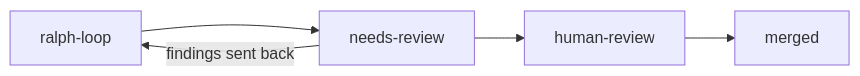
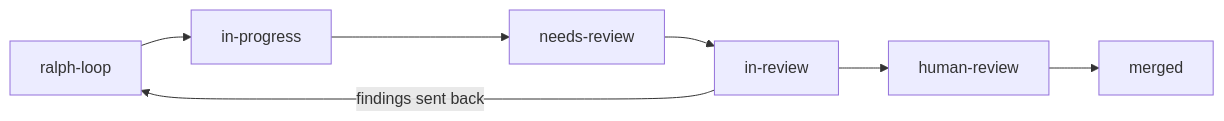
One commit to okethan35/gocache changed the diagram in README.md. Above: the diagram before and after it, drawn with Mermaid. The commit also changed other lines of this file, not shown here.

Commit message:
issue-46: README: describe the current Ralph Loop

````diff
--- a/README.md
+++ b/README.md
@@ -56,7 +56,9 @@
 ```mermaid
 flowchart LR
-    A[ralph-loop] --> B[needs-review]
-    B --> C[human-review]
-    C --> D[merged]
-    B -- findings sent back --> A
+    A[ralph-loop] --> B[in-progress]
+    B --> C[needs-review]
+    C --> D[in-review]
+    D --> E[human-review]
+    E --> F[merged]
+    D -- findings sent back --> A
 ```
````
